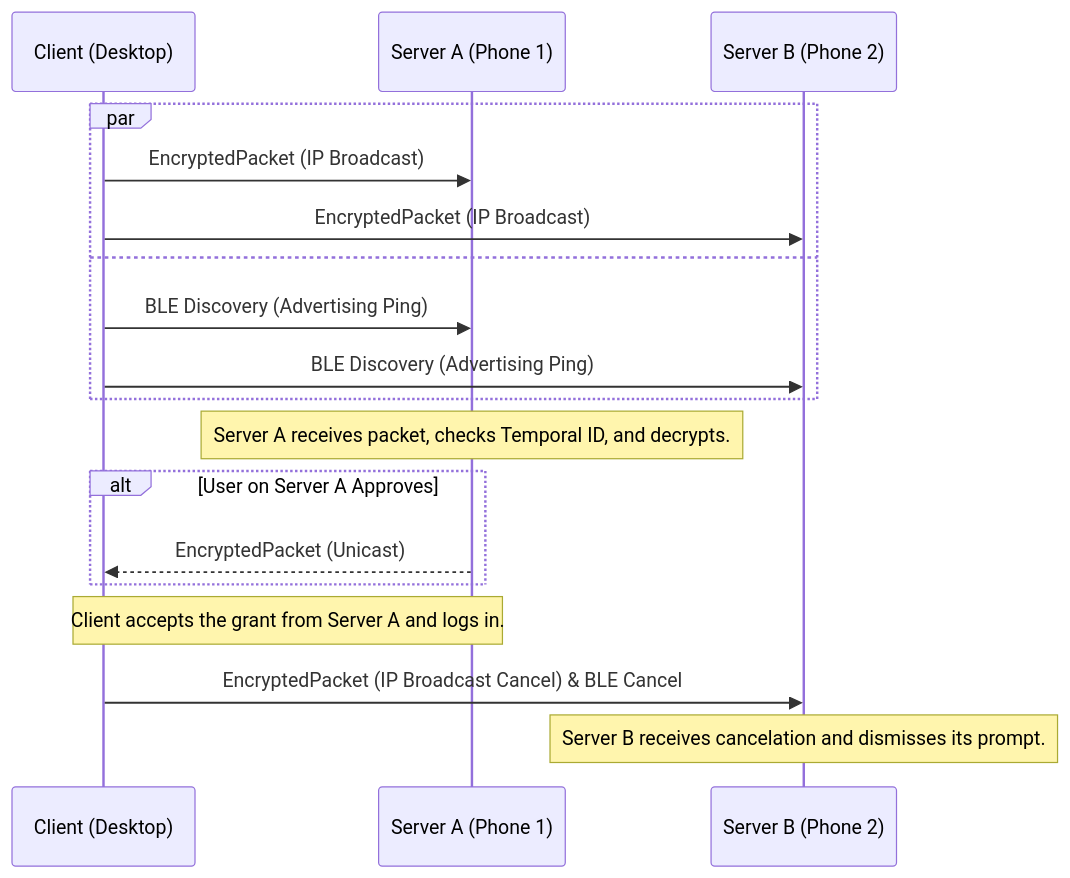
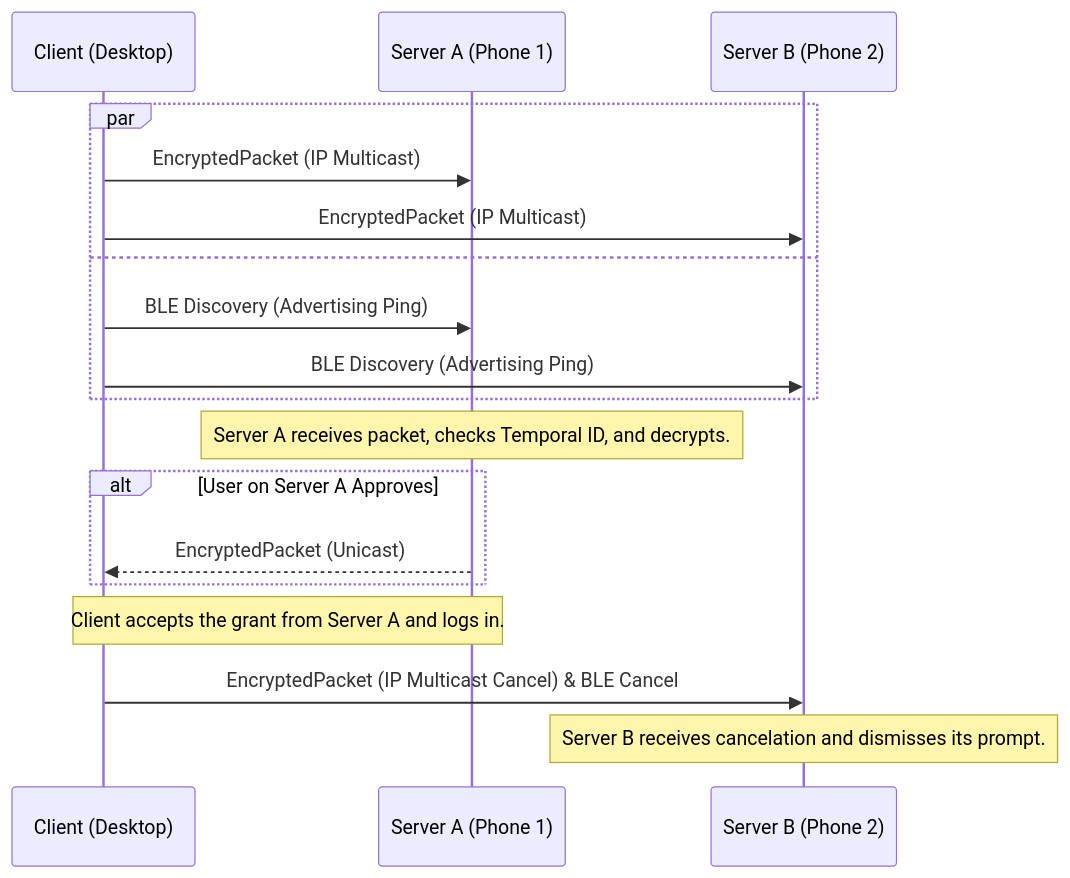
The diagram in docs/design-documents/protocol/authentication-flow.md (Lolle2000la/tapauth), drawn with Mermaid before and after one commit. The commit also changed other lines of this file and 13 other files, not shown here.

````diff
--- a/docs/design-documents/protocol/authentication-flow.md
+++ b/docs/design-documents/protocol/authentication-flow.md
@@ -12,24 +12,24 @@
 ```mermaid
 sequenceDiagram
     participant Client (Desktop)
     participant Server A (Phone 1)
     participant Server B (Phone 2)
 
     par
-        Client (Desktop)->>Server A (Phone 1): EncryptedPacket (IP Broadcast)
-        Client (Desktop)->>Server B (Phone 2): EncryptedPacket (IP Broadcast)
+        Client (Desktop)->>Server A (Phone 1): EncryptedPacket (IP Multicast)
+        Client (Desktop)->>Server B (Phone 2): EncryptedPacket (IP Multicast)
     and
         Client (Desktop)->>Server A (Phone 1): BLE Discovery (Advertising Ping)
         Client (Desktop)->>Server B (Phone 2): BLE Discovery (Advertising Ping)
     end
 
     Note over Server A (Phone 1): Server A receives packet, checks Temporal ID, and decrypts.
     
     alt User on Server A Approves
         Server A (Phone 1)-->>Client (Desktop): EncryptedPacket (Unicast)
     end
     
     Note over Client (Desktop), Server A (Phone 1): Client accepts the grant from Server A and logs in.
-    Client (Desktop)->>Server B (Phone 2): EncryptedPacket (IP Broadcast Cancel) & BLE Cancel
+    Client (Desktop)->>Server B (Phone 2): EncryptedPacket (IP Multicast Cancel) & BLE Cancel
     Note over Server B (Phone 2): Server B receives cancelation and dismisses its prompt.
 ```
````
